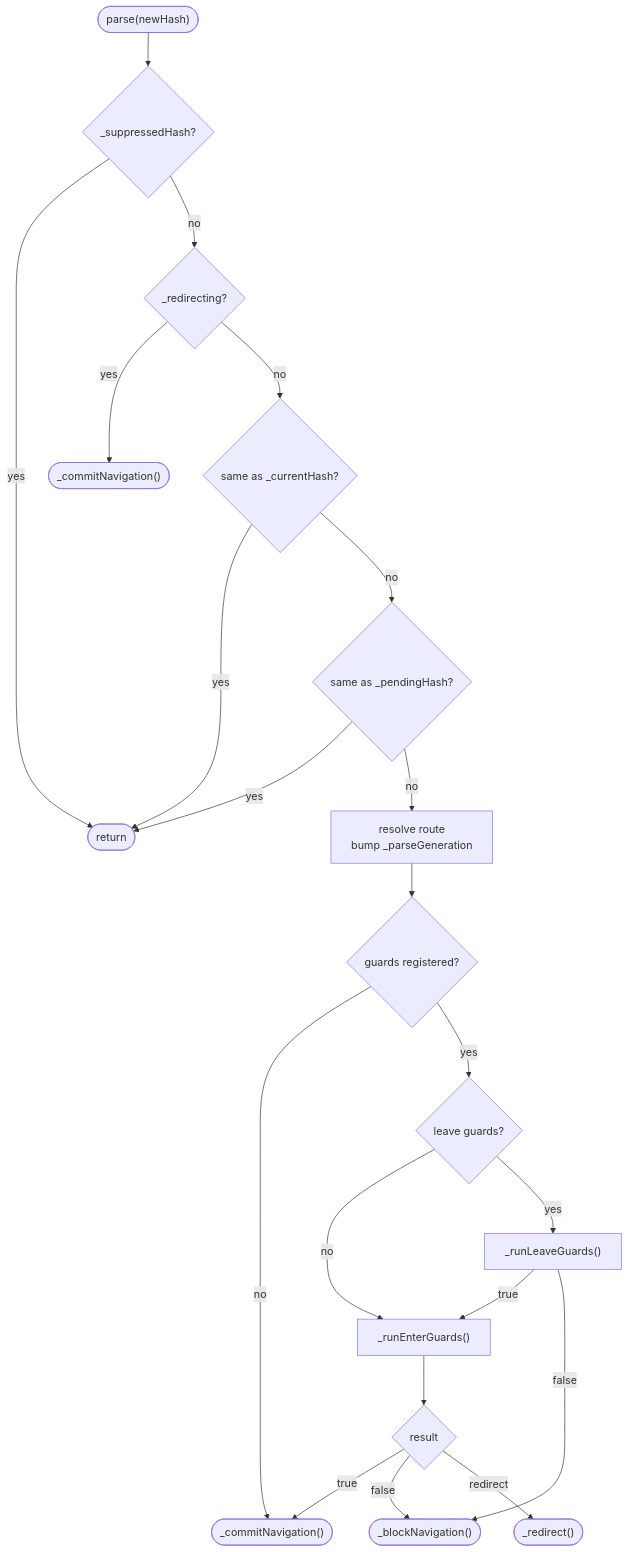
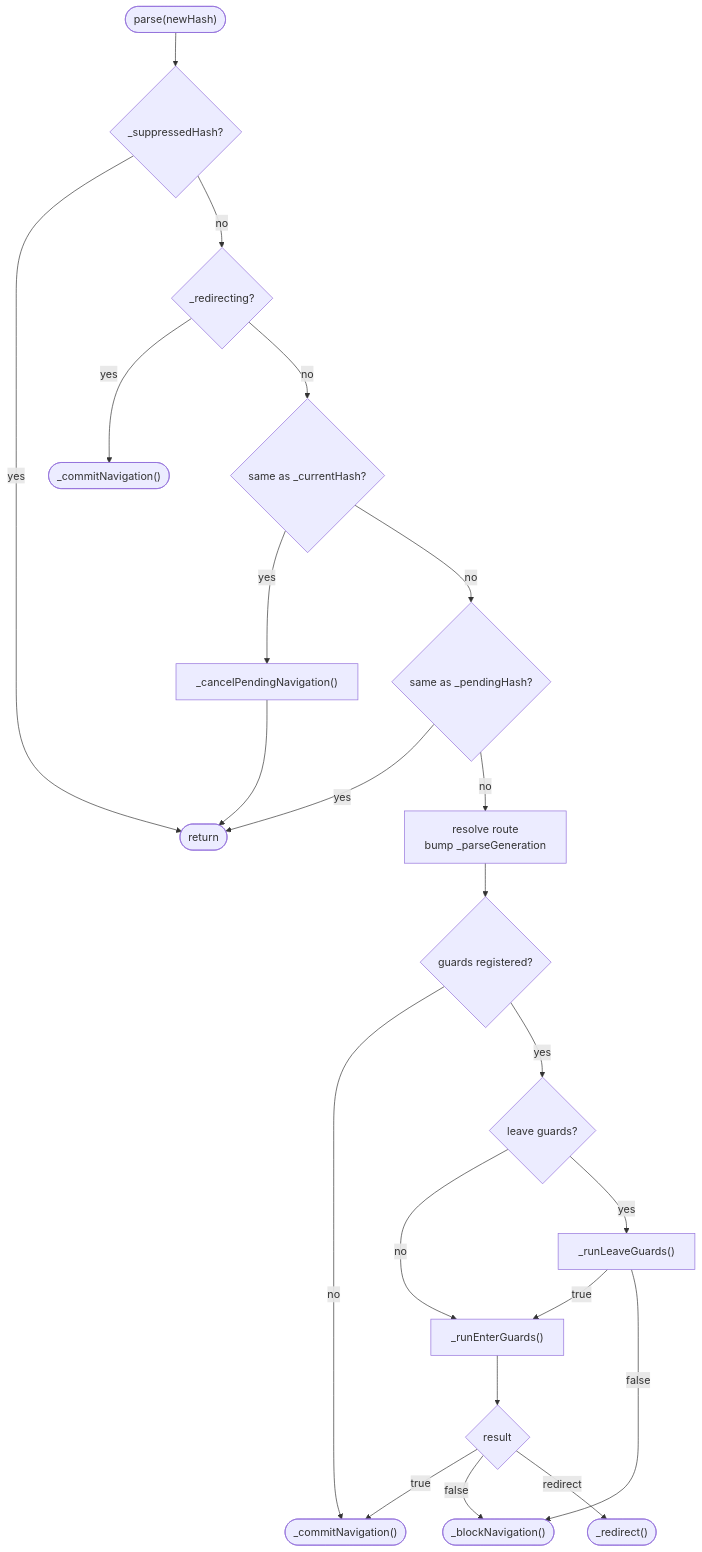
Before and after one commit to wridgeu/ui5-lib-guard-router: the first of 3 diagrams in docs/architecture.md, drawn with Mermaid. The commit also changed other lines of this file and 12 other files, not shown here.

````diff
--- a/docs/architecture.md
+++ b/docs/architecture.md
@@ -136,27 +136,27 @@
 ```mermaid
 flowchart TD
     start(["parse(newHash)"]) --> suppress{_suppressedHash?}
     suppress -- "yes" --> ret(["return"])
     suppress -- "no" --> redir{_redirecting?}
     redir -- "yes" --> bypass(["_commitNavigation()"])
     redir -- "no" --> samehash{same as _currentHash?}
-    samehash -- "yes" --> ret
+    samehash -- "yes" --> canceldup["_cancelPendingNavigation()"] --> ret
     samehash -- "no" --> pending{same as _pendingHash?}
     pending -- "yes" --> ret
     pending -- "no" --> setup["resolve route<br/>bump _parseGeneration"]
 
     setup --> guards{guards registered?}
     guards -- "no" --> commit(["_commitNavigation()"])
     guards -- "yes" --> leave
 
     leave{leave guards?}
     leave -- "no" --> enter
     leave -- "yes" --> runleave["_runLeaveGuards()"]
     runleave -- "true" --> enter["_runEnterGuards()"]
     runleave -- "false" --> block
 
     enter --> result{result}
     result -- "true" --> commit
     result -- "false" --> block(["_blockNavigation()"])
     result -- "redirect" --> redirect(["_redirect()"])
 ```
````
